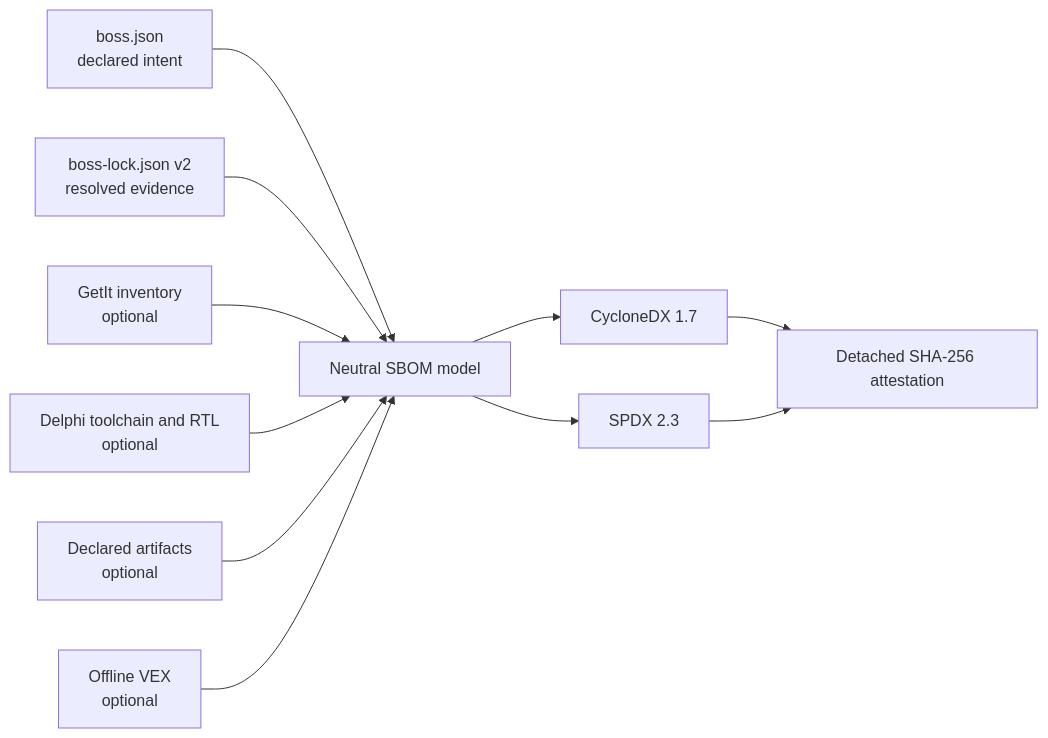
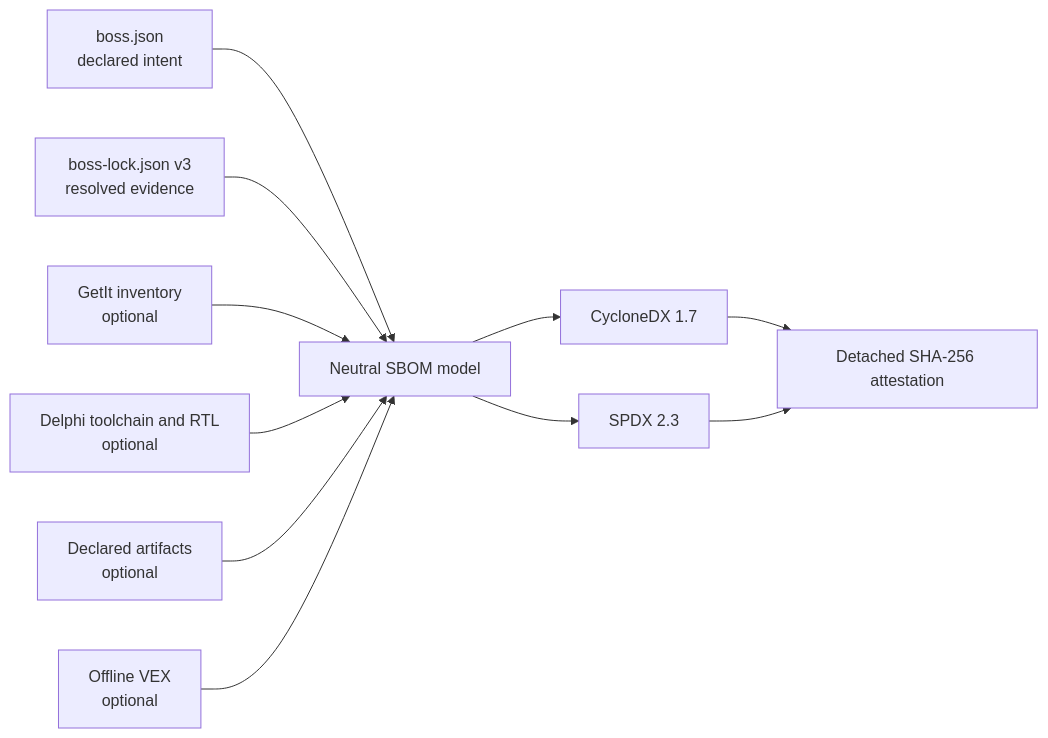
Before and after one commit to regyssilveira/Boss4Delphi: the diagram in docs/sbom.md, drawn with Mermaid. The commit also changed other lines of this file and 25 other files, not shown here.

````diff
--- a/docs/sbom.md
+++ b/docs/sbom.md
@@ -42,13 +45,13 @@
 ```mermaid
 flowchart LR
     M["boss.json<br/>declared intent"] --> B["Neutral SBOM model"]
-    L["boss-lock.json v2<br/>resolved evidence"] --> B
+    L["boss-lock.json v3<br/>resolved evidence"] --> B
     G["GetIt inventory<br/>optional"] --> B
     T["Delphi toolchain and RTL<br/>optional"] --> B
     A["Declared artifacts<br/>optional"] --> B
     V["Offline VEX<br/>optional"] --> B
     B --> C["CycloneDX 1.7"]
     B --> S["SPDX 2.3"]
     C --> I["Detached SHA-256 attestation"]
     S --> I
 ```
````
